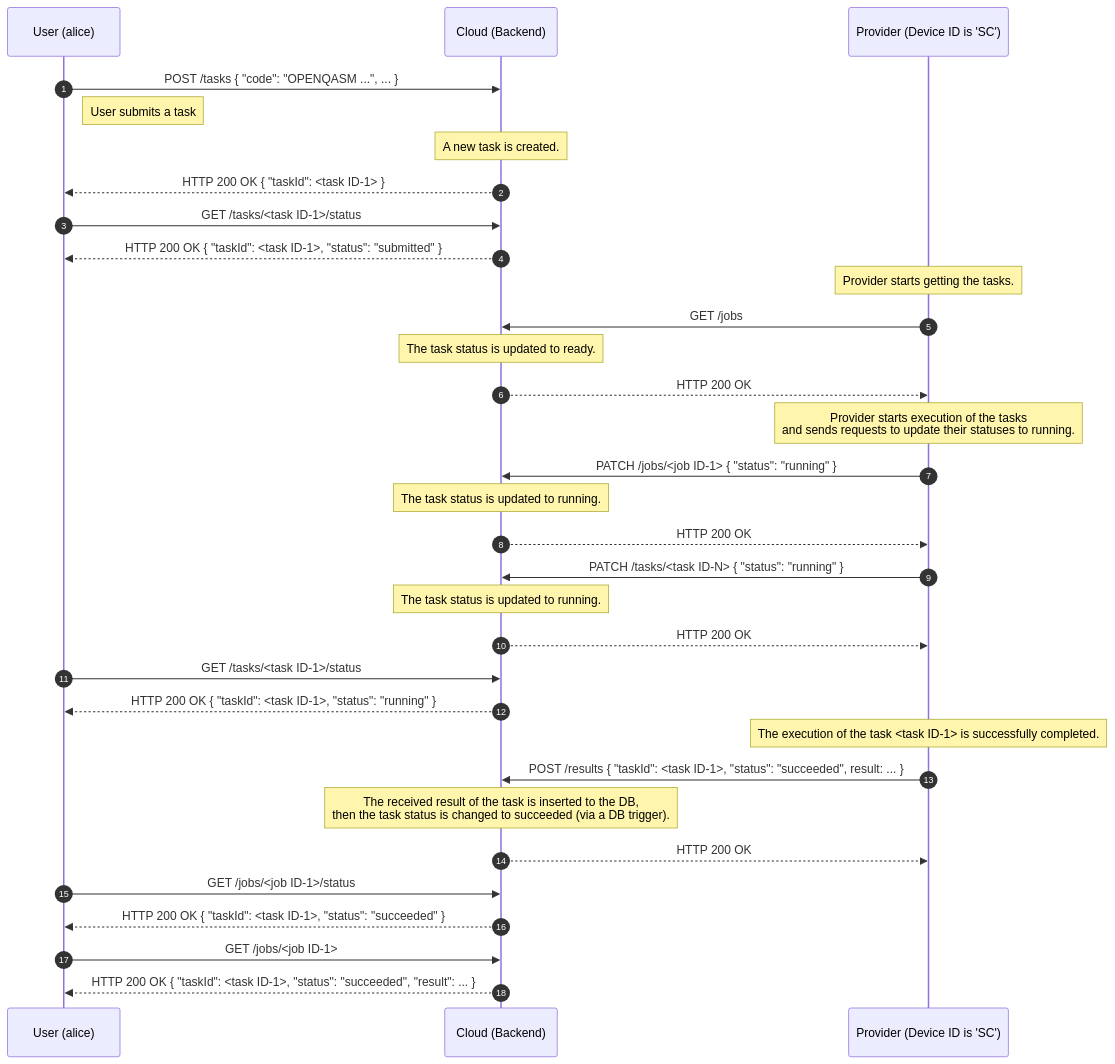
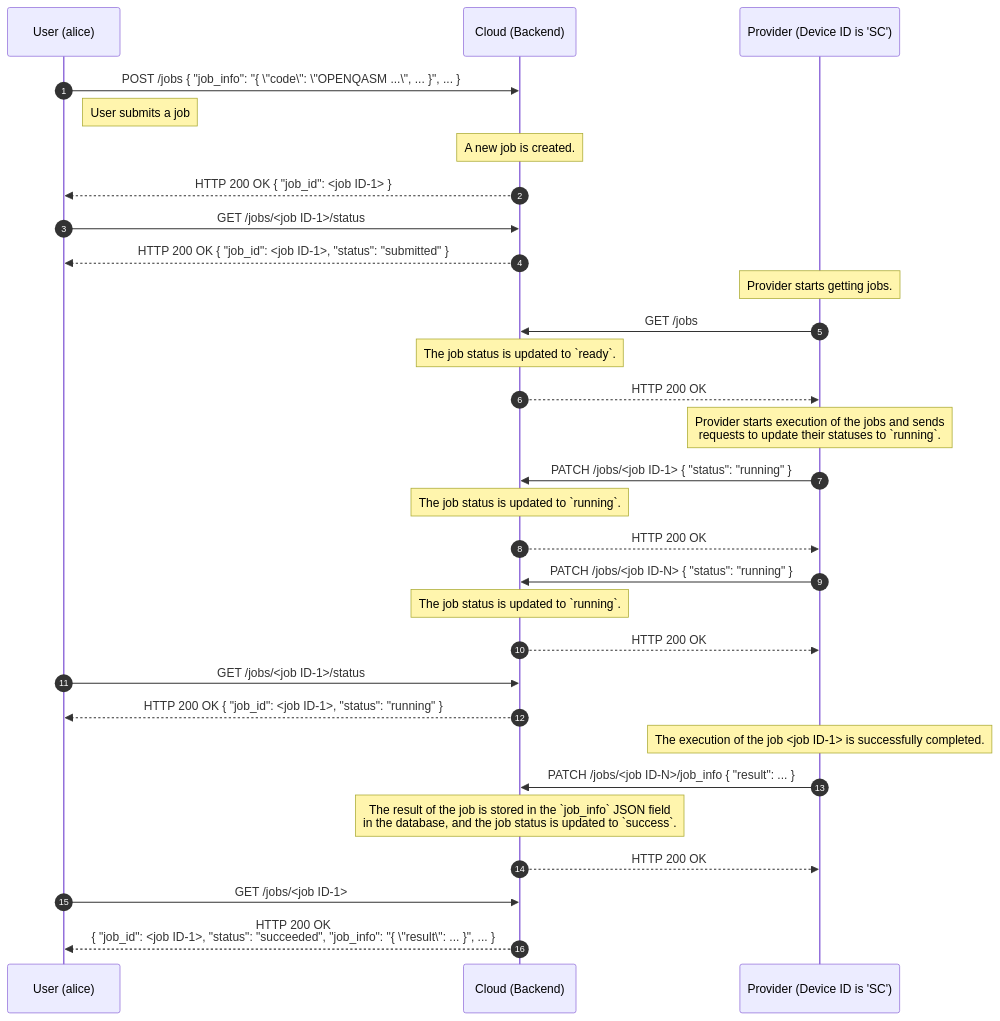
Before and after one commit to oqtopus-team/oqtopus-cloud: the first of 3 diagrams in docs/en/architecture/sequence_diagram.md, drawn with Mermaid. The commit also changed other lines of this file and 3 other files, not shown here.

````diff
--- a/docs/en/architecture/sequence_diagram.md
+++ b/docs/en/architecture/sequence_diagram.md
@@ -16,43 +11,41 @@
 ```mermaid
 sequenceDiagram
     autonumber
     participant User as User (alice)
     participant Cloud as Cloud (Backend)
     participant Provider as Provider (Device ID is 'SC')
 
-    User->>Cloud: POST /tasks { "code": "OPENQASM ...", ... }
-    Note right of User: User submits a task
-    Note over Cloud: A new task is created.
-    Cloud-->>User: HTTP 200 OK { "taskId": <task ID-1> }
+    User->>Cloud: POST /jobs { "job_info": "{ \"code\": \"OPENQASM ...\", ... }", ... }
+    Note right of User: User submits a job
+    Note over Cloud: A new job is created.
+    Cloud-->>User: HTTP 200 OK { "job_id": <job ID-1> }
 
-    User->>Cloud: GET /tasks/<task ID-1>/status
-    Cloud-->>User: HTTP 200 OK { "taskId": <task ID-1>, "status": "submitted" }
+    User->>Cloud: GET /jobs/<job ID-1>/status
+    Cloud-->>User: HTTP 200 OK { "job_id": <job ID-1>, "status": "submitted" }
 
-    Note over Provider: Provider starts getting the tasks.
+    Note over Provider: Provider starts getting jobs.
     Provider->>Cloud: GET /jobs
-    Note over Cloud: The task status is updated to ready.
+    Note over Cloud: The job status is updated to `ready`.
     Cloud-->>Provider: HTTP 200 OK
 
-    Note over Provider: Provider starts execution of the tasks<br>and sends requests to update their statuses to running.
+    Note over Provider: Provider starts execution of the jobs and sends <br/>  requests to update their statuses to `running`.
     Provider->>Cloud: PATCH /jobs/<job ID-1> { "status": "running" }
-    Note over Cloud: The task status is updated to running.
+    Note over Cloud: The job status is updated to `running`.
     Cloud-->>Provider: HTTP 200 OK
 
-    Provider->>Cloud: PATCH /tasks/<task ID-N> { "status": "running" }
-    Note over Cloud: The task status is updated to running.
-    Cloud-->>Provider: HTTP 200 OK
-
-    User->>Cloud: GET /tasks/<task ID-1>/status
-    Cloud-->>User: HTTP 200 OK { "taskId": <task ID-1>, "status": "running" }
-    Note over Provider: The execution of the task <task ID-1> is successfully completed.
-    Provider->>Cloud: POST /results { "taskId": <task ID-1>, "status": "succeeded", result: ... }
-
-    Note over Cloud: The received result of the task is inserted to the DB,<br> then the task status is changed to succeeded (via a DB trigger).
+    Provider->>Cloud: PATCH /jobs/<job ID-N> { "status": "running" }
+    Note over Cloud: The job status is updated to `running`.
     Cloud-->>Provider: HTTP 200 OK
 
     User->>Cloud: GET /jobs/<job ID-1>/status
-    Cloud-->>User: HTTP 200 OK { "taskId": <task ID-1>, "status": "succeeded" }
+    Cloud-->>User: HTTP 200 OK { "job_id": <job ID-1>, "status": "running" }
+
+    Note over Provider: The execution of the job <job ID-1> is successfully completed.
+    Provider->>Cloud: PATCH /jobs/<job ID-N>/job_info { "result": ... }
+
+    Note over Cloud: The result of the job is stored in the `job_info` JSON field<br /> in the database, and the job status is updated to `success`.
+    Cloud-->>Provider: HTTP 200 OK
 
     User->>Cloud: GET /jobs/<job ID-1>
-    Cloud-->>User: HTTP 200 OK { "taskId": <task ID-1>, "status": "succeeded", "result": ... }
+    Cloud-->>User: HTTP 200 OK <br>{ "job_id": <job ID-1>, "status": "succeeded", "job_info": "{ \"result\": ... }", ... } 
 ```
````
